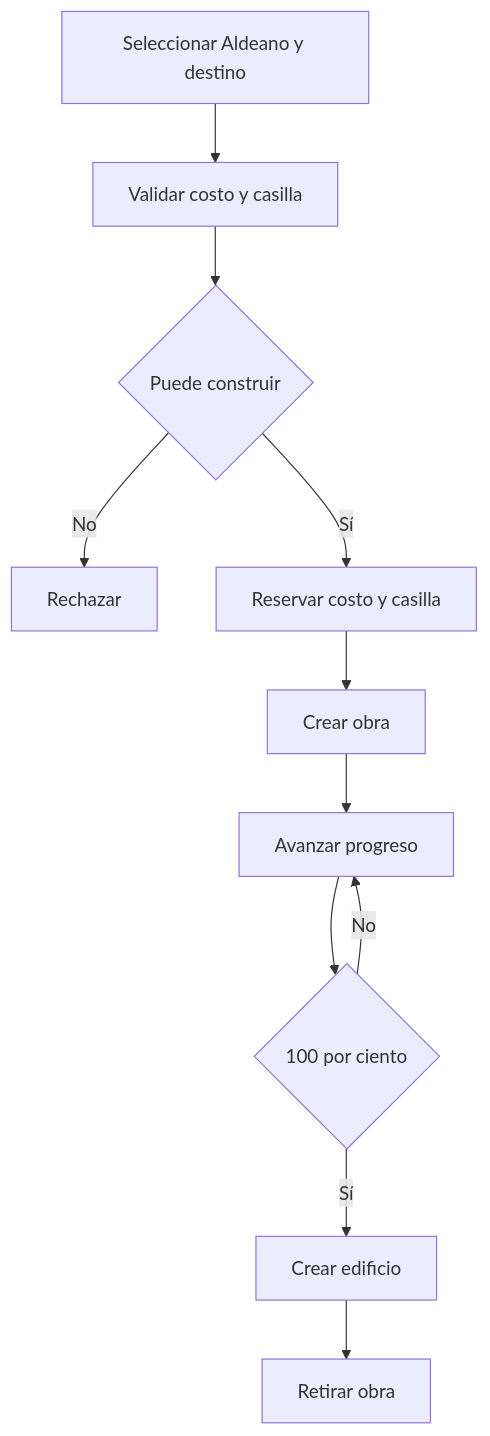
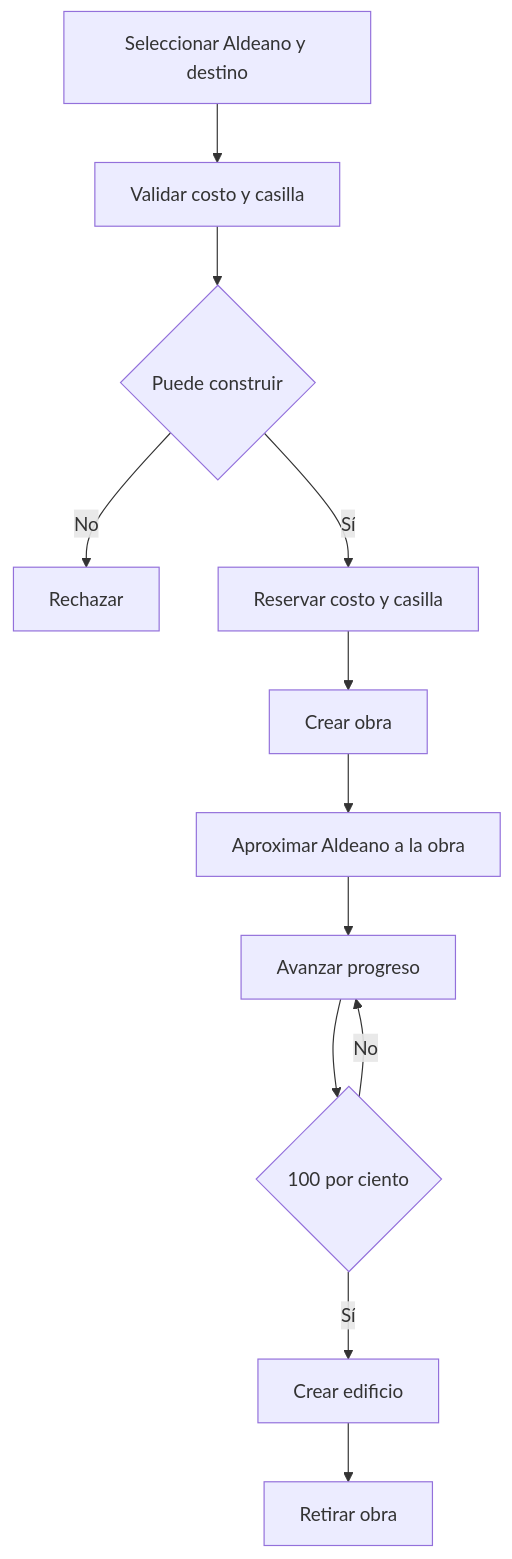
Before and after one commit to Equipo-ImperiosEnGuerra/ImperiosEnGuerra: the fourth of 8 diagrams in docs/DIAGRAMA_FLUJO_FINAL.md, drawn with Mermaid. The commit also changed other lines of this file and 6 other files, not shown here.

````diff
--- a/docs/DIAGRAMA_FLUJO_FINAL.md
+++ b/docs/DIAGRAMA_FLUJO_FINAL.md
@@ -107,13 +107,14 @@
 ```mermaid
 flowchart TD
     A[Seleccionar Aldeano y destino] --> B[Validar costo y casilla]
     B --> C{Puede construir}
     C -- No --> D[Rechazar]
     C -- Sí --> E[Reservar costo y casilla]
     E --> F[Crear obra]
-    F --> G[Avanzar progreso]
-    G --> H{100 por ciento}
-    H -- No --> G
-    H -- Sí --> I[Crear edificio]
-    I --> J[Retirar obra]
+    F --> G[Aproximar Aldeano a la obra]
+    G --> H[Avanzar progreso]
+    H --> I{100 por ciento}
+    I -- No --> H
+    I -- Sí --> J[Crear edificio]
+    J --> K[Retirar obra]
 ```
````
